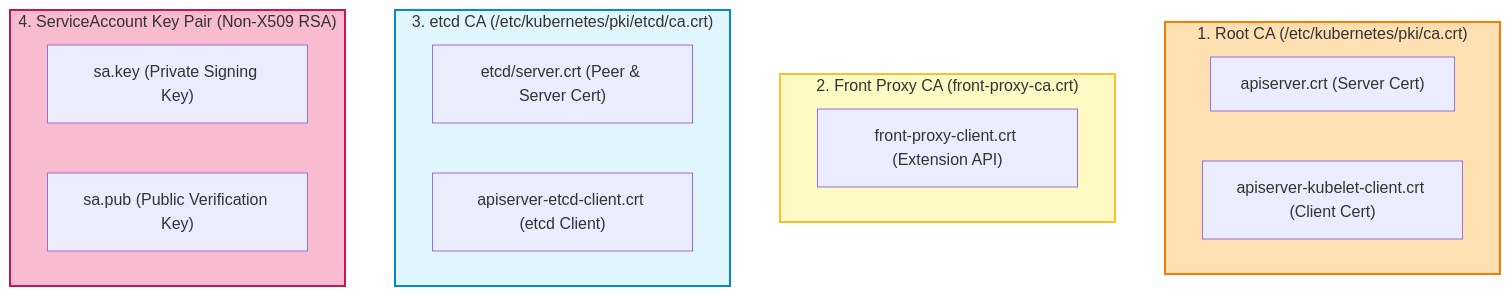
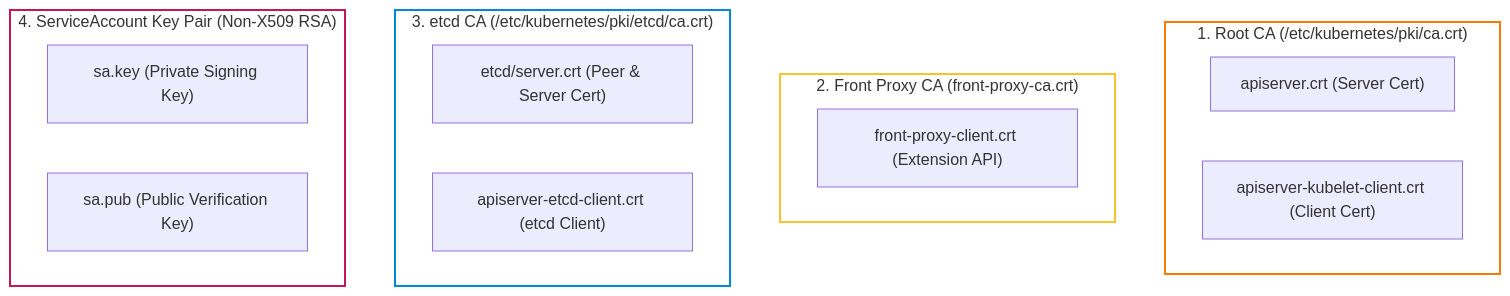
One commit to kiennt308/ntk changed the first of 3 diagrams in _posts/2026-09-12-cka-07-07-chung-chi-pki-va-kubeconfig.md. Above: the diagram before and after it, drawn with Mermaid. The commit also changed other lines of this file and 207 other files, not shown here.

Commit message:
feat(posts): batch standardize all 208 posts with TL;DR, qa-card accordion, fill:none mermaid, and liquid raw wrappers

````diff
--- a/_posts/2026-09-12-cka-07-07-chung-chi-pki-va-kubeconfig.md
+++ b/_posts/2026-09-12-cka-07-07-chung-chi-pki-va-kubeconfig.md
@@ -115,26 +119,26 @@
 ```mermaid
 graph TD
     subgraph Root_CA ["1. Root CA (/etc/kubernetes/pki/ca.crt)"]
         API_SERVER["apiserver.crt (Server Cert)"]
         KUBELET_CLIENT["apiserver-kubelet-client.crt (Client Cert)"]
     end
 
     subgraph Front_Proxy_CA ["2. Front Proxy CA (front-proxy-ca.crt)"]
         FRONT_CLIENT["front-proxy-client.crt (Extension API)"]
     end
 
     subgraph ETCD_CA ["3. etcd CA (/etc/kubernetes/pki/etcd/ca.crt)"]
         ETCD_SERVER["etcd/server.crt (Peer & Server Cert)"]
         APISERVER_ETCD["apiserver-etcd-client.crt (etcd Client)"]
     end
 
     subgraph SA_Keys ["4. ServiceAccount Key Pair (Non-X509 RSA)"]
         SA_KEY["sa.key (Private Signing Key)"]
         SA_PUB["sa.pub (Public Verification Key)"]
     end
 
-    style Root_CA fill:#ffe0b2,stroke:#f57c00,stroke-width:2px
-    style Front_Proxy_CA fill:#fff9c4,stroke:#fbc02d,stroke-width:2px
-    style ETCD_CA fill:#e1f5fe,stroke:#0288d1,stroke-width:2px
-    style SA_Keys fill:#f8bbd0,stroke:#c2185b,stroke-width:2px
+    style Root_CA fill:none,stroke:#f57c00,stroke-width:2px
+    style Front_Proxy_CA fill:none,stroke:#fbc02d,stroke-width:2px
+    style ETCD_CA fill:none,stroke:#0288d1,stroke-width:2px
+    style SA_Keys fill:none,stroke:#c2185b,stroke-width:2px
 ```
````
